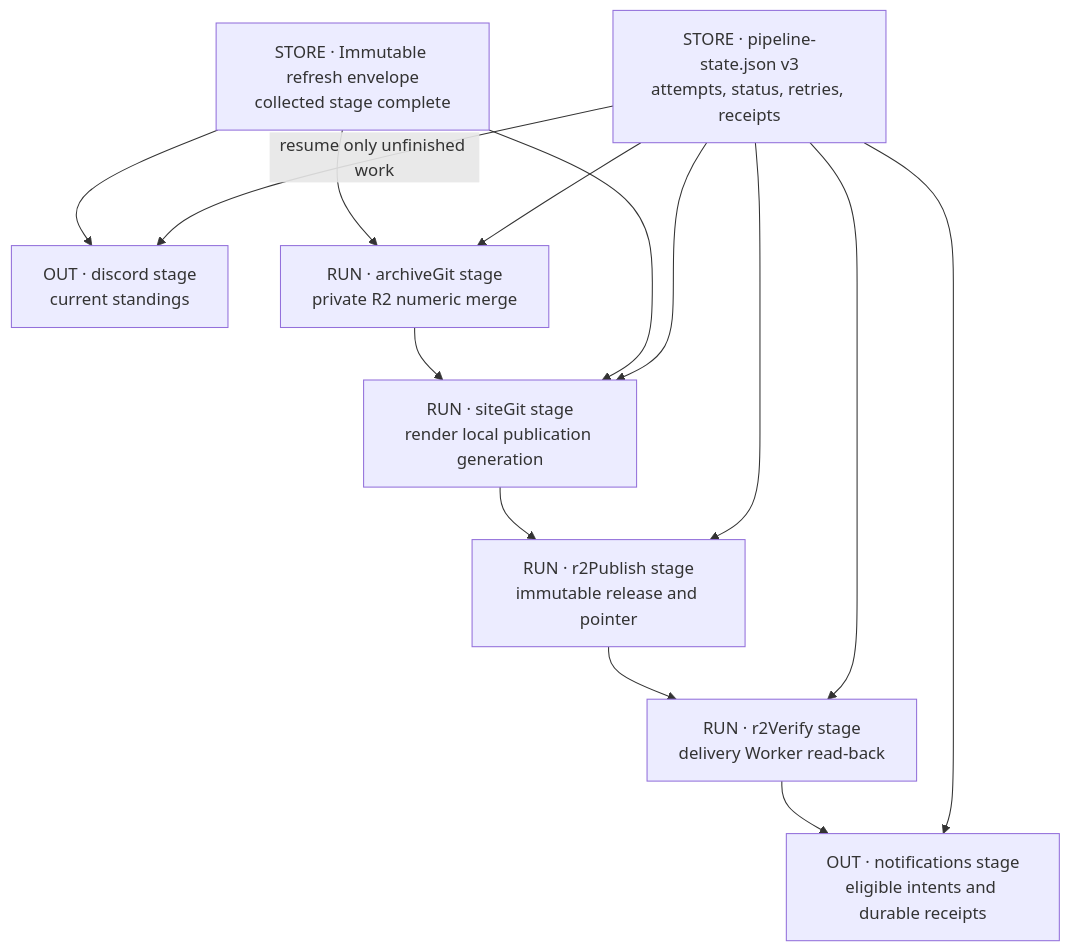
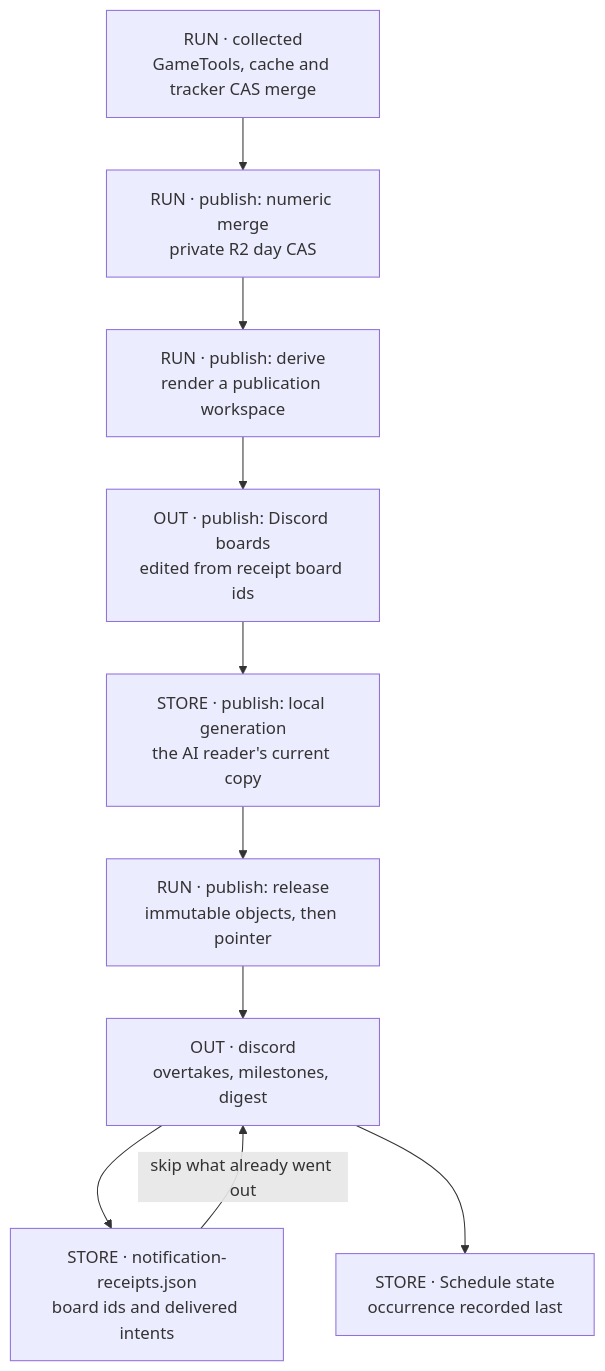
One commit to raymdl/kdm-bf6-rankings changed the second of 5 diagrams in atlas/REFRESH_PUBLICATION.md. Above: the diagram before and after it, drawn with Mermaid. The commit also changed other lines of this file and 10 other files, not shown here.

First line of the commit message:
Refresh the public atlas and the site guides for the 30 October changes

````diff
--- a/atlas/REFRESH_PUBLICATION.md
+++ b/atlas/REFRESH_PUBLICATION.md
@@ -35,24 +37,21 @@
 ```mermaid
 flowchart TB
-  ENV["STORE · Immutable refresh envelope<br/>collected stage complete"]
-  STATE["STORE · pipeline-state.json v3<br/>attempts, status, retries, receipts"]
-  DIS["OUT · discord stage<br/>current standings"]
-  NUM["RUN · archiveGit stage<br/>private R2 numeric merge"]
-  RENDER["RUN · siteGit stage<br/>render local publication generation"]
-  PUB["RUN · r2Publish stage<br/>immutable release and pointer"]
-  VERIFY["RUN · r2Verify stage<br/>delivery Worker read-back"]
-  NOTIFY["OUT · notifications stage<br/>eligible intents and durable receipts"]
-  ENV --> DIS
-  ENV --> NUM
+  COLLECT["RUN · collected<br/>GameTools, cache and tracker CAS merge"]
+  NUM["RUN · publish: numeric merge<br/>private R2 day CAS"]
+  RENDER["RUN · publish: derive<br/>render a publication workspace"]
+  BOARDS["OUT · publish: Discord boards<br/>edited from receipt board ids"]
+  GEN["STORE · publish: local generation<br/>the AI reader's current copy"]
+  PUB["RUN · publish: release<br/>immutable objects, then pointer"]
+  DIS["OUT · discord<br/>overtakes, milestones, digest"]
+  RECEIPTS["STORE · notification-receipts.json<br/>board ids and delivered intents"]
+  SCHED["STORE · Schedule state<br/>occurrence recorded last"]
+  COLLECT --> NUM
   NUM --> RENDER
-  ENV --> RENDER
-  RENDER --> PUB
-  PUB --> VERIFY
-  VERIFY --> NOTIFY
-  STATE -->|"resume only unfinished work"| DIS
-  STATE --> NUM
-  STATE --> RENDER
-  STATE --> PUB
-  STATE --> VERIFY
-  STATE --> NOTIFY
+  RENDER --> BOARDS
+  BOARDS --> GEN
+  GEN --> PUB
+  PUB --> DIS
+  RECEIPTS -->|"skip what already went out"| DIS
+  DIS --> RECEIPTS
+  DIS --> SCHED
 ```
````
